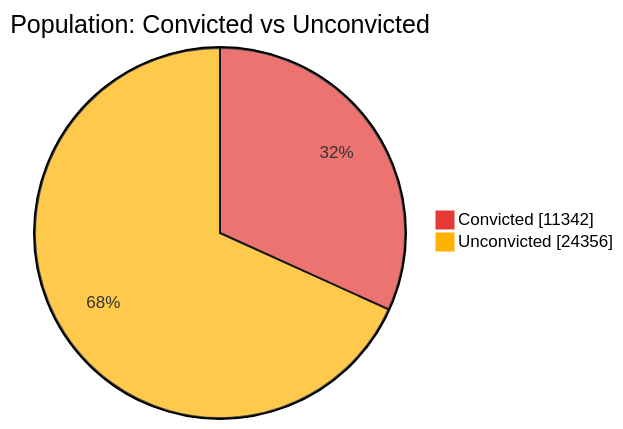
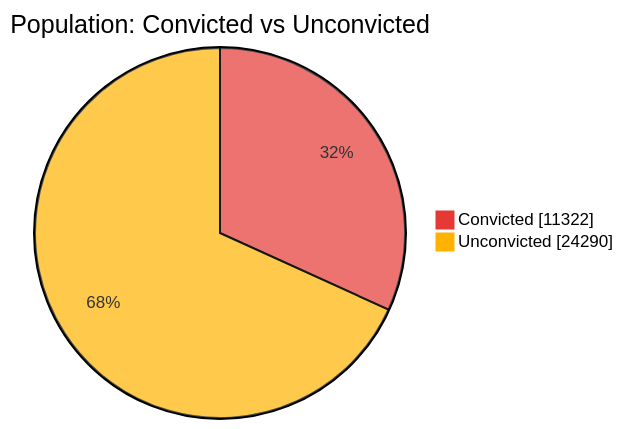
One commit to nuuuwan/lk_prisons changed the first of 7 diagrams in README.md. Above: the diagram before and after it, drawn with Mermaid. The commit also changed other lines of this file and 1 other file, not shown here.

````diff
--- a/README.md
+++ b/README.md
@@ -43,6 +43,6 @@
 ```mermaid
 %%{init: {'themeVariables': {'pie1': '#E53935', 'pie2': '#FFB300'}}}%%
 pie showData title Population: Convicted vs Unconvicted
-    "Convicted" : 11342
-    "Unconvicted" : 24356
+    "Convicted" : 11322
+    "Unconvicted" : 24290
 ```
````
